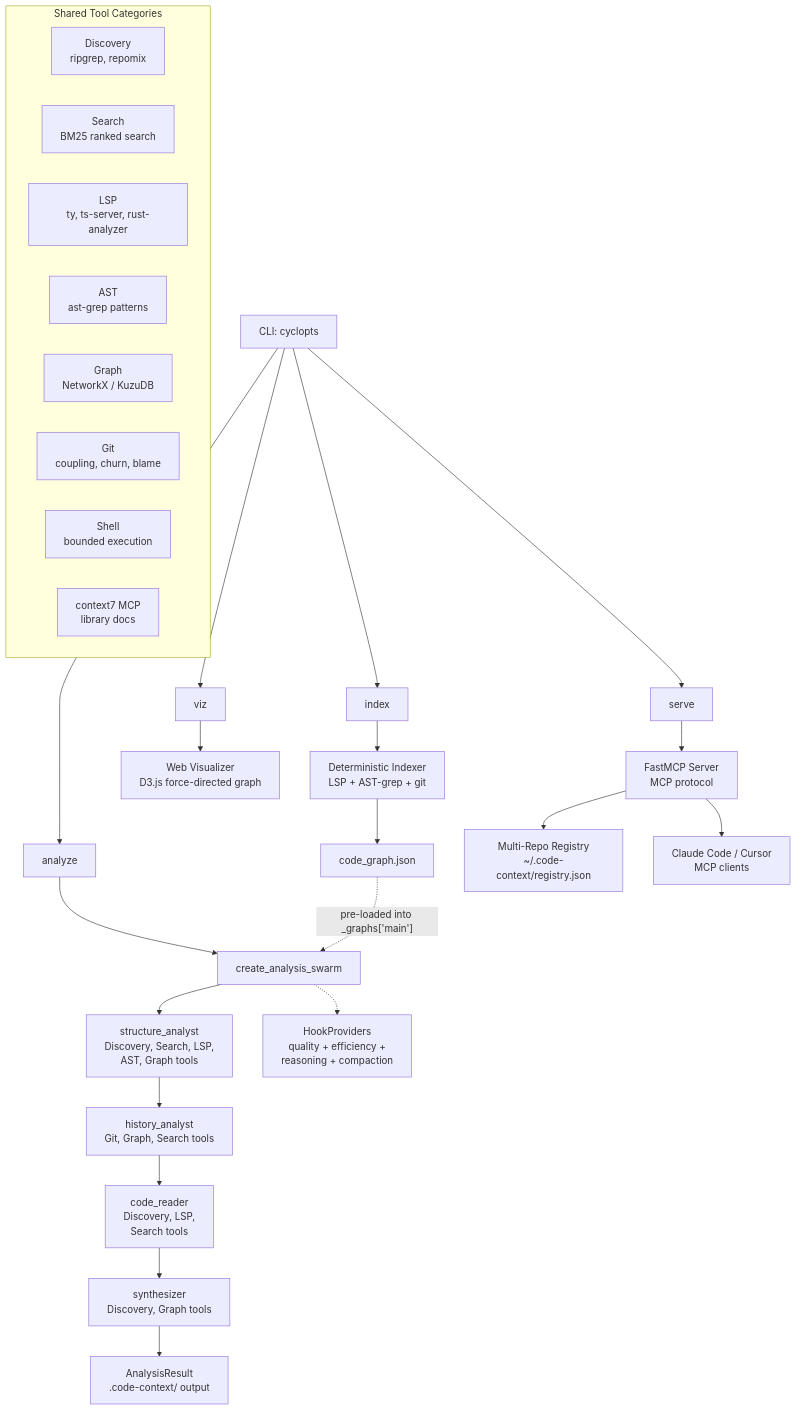
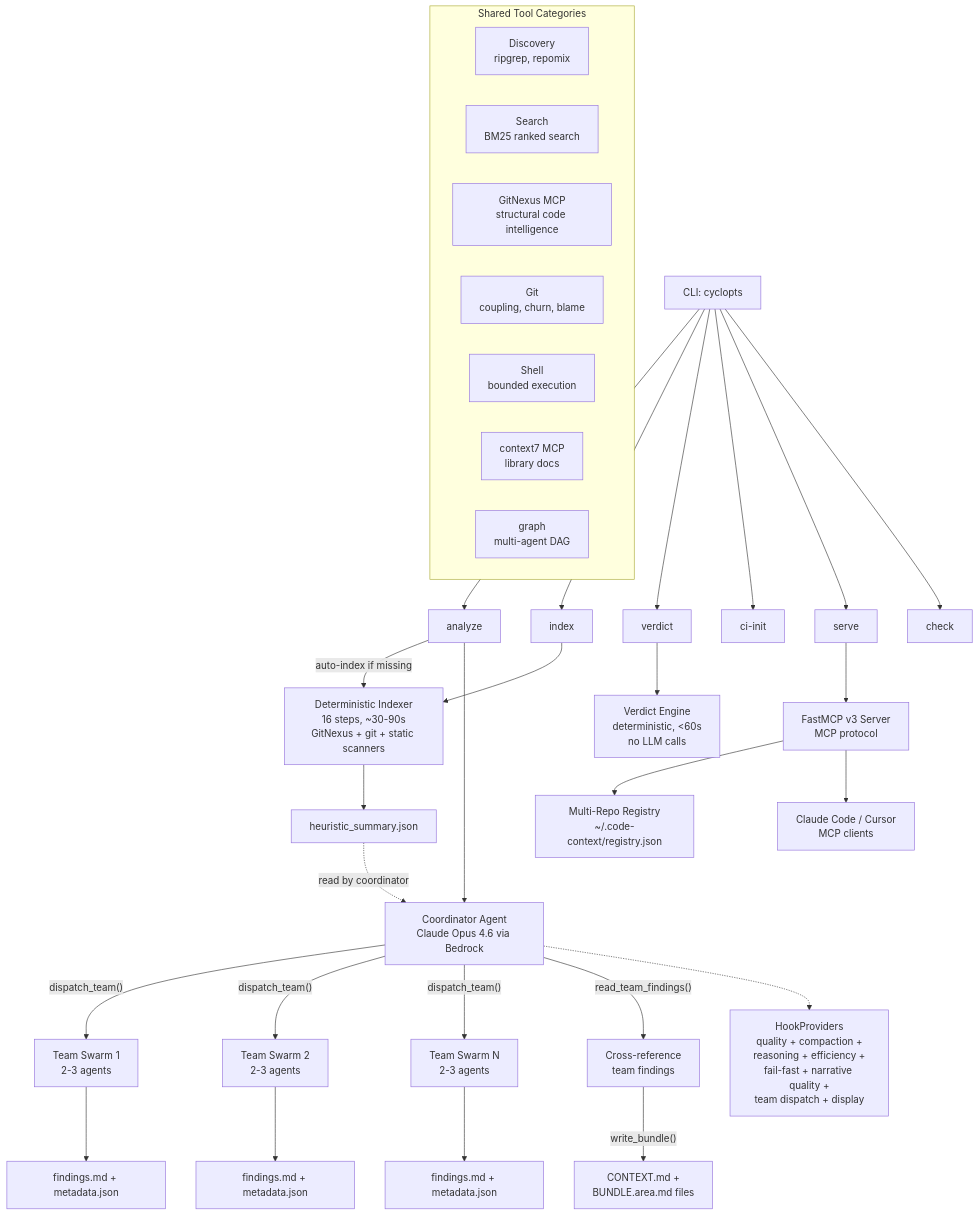
The first of 2 diagrams in docs/architecture/overview.md (theagenticguy/code-context-agent), drawn with Mermaid before and after one commit. The commit also changed other lines of this file and 51 other files, not shown here.

First line of the commit message:
docs!: revamp documentation for v10 coordinator architecture

````diff
--- a/docs/architecture/overview.md
+++ b/docs/architecture/overview.md
@@ -5,36 +5,45 @@
 ```mermaid
 flowchart TD
     A[CLI: cyclopts] --> AN[analyze]
     A --> IDX[index]
-    A --> VIZ[viz]
+    A --> VRD[verdict]
+    A --> CI[ci-init]
     A --> SRV[serve]
+    A --> CHK[check]
 
-    IDX --> IDXP[Deterministic Indexer<br/>LSP + AST-grep + git]
-    IDXP --> GJ[code_graph.json]
-    VIZ --> VIZS[Web Visualizer<br/>D3.js force-directed graph]
+    IDX --> IDXP[Deterministic Indexer<br/>16 steps, ~30-90s<br/>GitNexus + git + static scanners]
+    IDXP --> HS[heuristic_summary.json]
 
-    AN --> SW[create_analysis_swarm]
-    GJ -.->|"pre-loaded into _graphs['main']"| SW
-    SW --> S1[structure_analyst<br/>Discovery, Search, LSP,<br/>AST, Graph tools]
-    S1 --> S2[history_analyst<br/>Git, Graph, Search tools]
-    S2 --> S3[code_reader<br/>Discovery, LSP,<br/>Search tools]
-    S3 --> S4[synthesizer<br/>Discovery, Graph tools]
-    S4 --> OUT[AnalysisResult<br/>.code-context/ output]
+    AN -->|"auto-index if missing"| IDXP
+    AN --> COORD[Coordinator Agent<br/>Claude Opus 4.6 via Bedrock]
+    HS -.->|"read by coordinator"| COORD
 
-    SW -.-> HK[HookProviders<br/>quality + efficiency +<br/>reasoning + compaction]
+    COORD -->|"dispatch_team()"| T1[Team Swarm 1<br/>2-3 agents]
+    COORD -->|"dispatch_team()"| T2[Team Swarm 2<br/>2-3 agents]
+    COORD -->|"dispatch_team()"| TN[Team Swarm N<br/>2-3 agents]
 
-    SRV --> Q[FastMCP Server<br/>MCP protocol]
-    Q --> REG[Multi-Repo Registry<br/>~/.code-context/registry.json]
-    Q --> R[Claude Code / Cursor<br/>MCP clients]
+    T1 --> F1[findings.md + metadata.json]
+    T2 --> F2[findings.md + metadata.json]
+    TN --> FN[findings.md + metadata.json]
+
+    COORD -->|"read_team_findings()"| XREF[Cross-reference<br/>team findings]
+    XREF -->|"write_bundle()"| OUT[CONTEXT.md +<br/>BUNDLE.area.md files]
+
+    COORD -.-> HK[HookProviders<br/>quality + compaction +<br/>reasoning + efficiency +<br/>fail-fast + narrative quality +<br/>team dispatch + display]
+
+    VRD --> VRDP[Verdict Engine<br/>deterministic, <60s<br/>no LLM calls]
+
+    SRV --> MCP[FastMCP v3 Server<br/>MCP protocol]
+    MCP --> REG[Multi-Repo Registry<br/>~/.code-context/registry.json]
+    MCP --> CLIENT[Claude Code / Cursor<br/>MCP clients]
 
     subgraph tools [Shared Tool Categories]
-        I[Discovery<br/>ripgrep, repomix]
+        D[Discovery<br/>ripgrep, repomix]
         SR[Search<br/>BM25 ranked search]
-        J[LSP<br/>ty, ts-server, rust-analyzer]
-        K[AST<br/>ast-grep patterns]
-        L[Graph<br/>NetworkX / KuzuDB]
-        M[Git<br/>coupling, churn, blame]
-        N[Shell<br/>bounded execution]
-        P[context7 MCP<br/>library docs]
+        GN[GitNexus MCP<br/>structural code intelligence]
+        G[Git<br/>coupling, churn, blame]
+        SH[Shell<br/>bounded execution]
+        C7[context7 MCP<br/>library docs]
+        GR[graph<br/>multi-agent DAG]
     end
 ```
````
